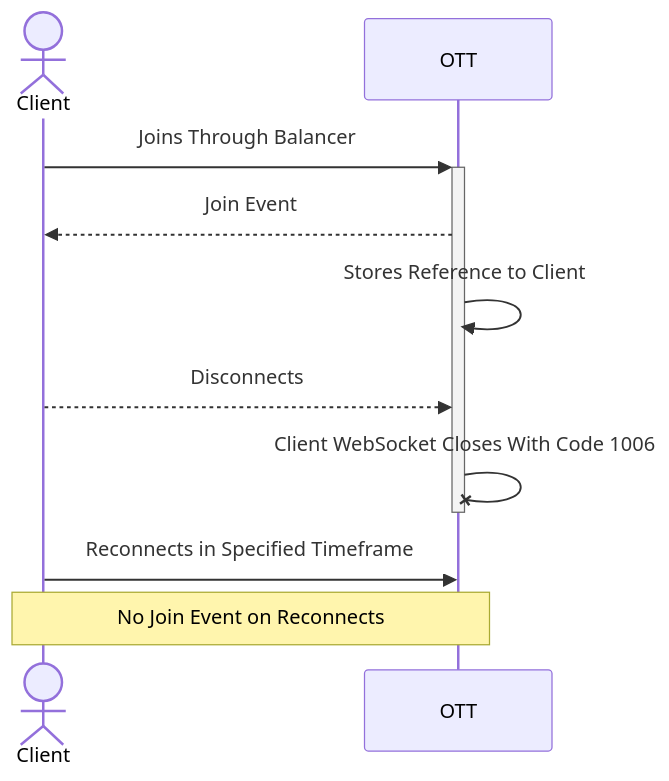
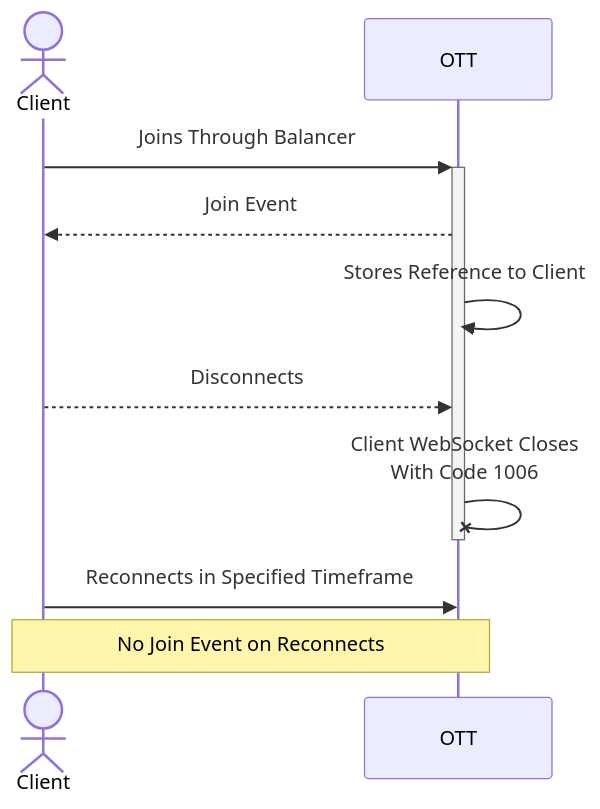
One commit to dyc3/senior-design changed the diagram in figures/client-reconnect-sequence.mmd. Above: the diagram before and after it, drawn with Mermaid.

```diff
--- a/figures/client-reconnect-sequence.mmd
+++ b/figures/client-reconnect-sequence.mmd
@@ -1,9 +1,9 @@
 sequenceDiagram
     Actor Client
     Client->>+OTT: Joins Through Balancer
     OTT-->>Client: Join Event
     OTT->>OTT: Stores Reference to Client
     Client-->>OTT: Disconnects
-    OTT-x-OTT: Client WebSocket Closes With Code 1006
+    OTT-x-OTT: Client WebSocket Closes<br>With Code 1006
     Client->>OTT: Reconnects in Specified Timeframe
     note over Client,OTT: No Join Event on Reconnects
```
